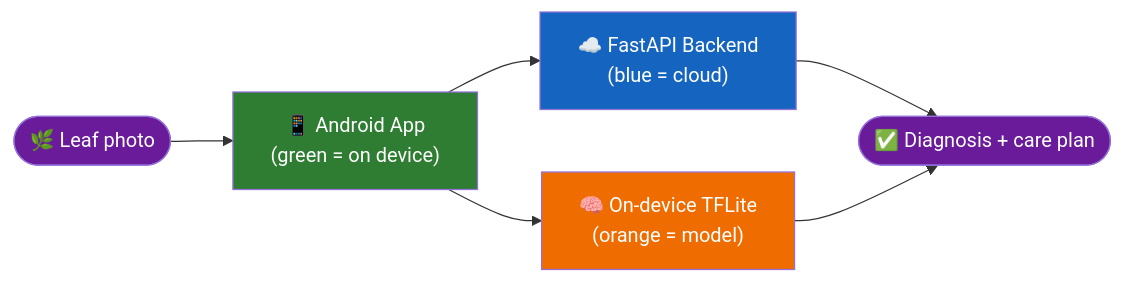
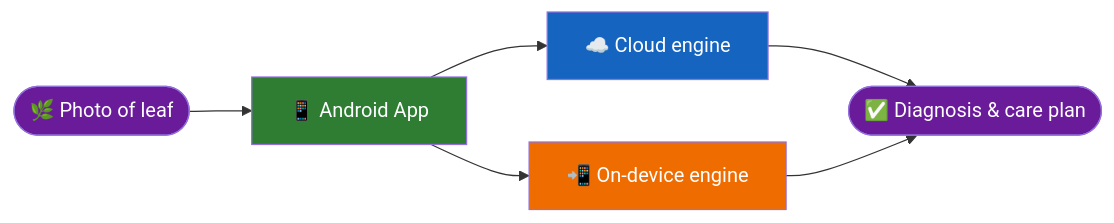
Before and after one commit to Raj-Indra-Asura/Cropora: the first of 12 diagrams in Cropora System Design Presentation.md, drawn with Mermaid. The commit also changed other lines of this file, not shown here.

````diff
--- a/Cropora System Design Presentation.md
+++ b/Cropora System Design Presentation.md
@@ -52,14 +34,14 @@
 ```mermaid
 flowchart LR
-    U(["🌿 Leaf photo"]) --> APP["📱 Android App<br/>(green = on device)"]
-    APP --> CLOUD["☁️ FastAPI Backend<br/>(blue = cloud)"]
-    APP --> EDGE["🧠 On-device TFLite<br/>(orange = model)"]
-    CLOUD --> ANS(["✅ Diagnosis + care plan"])
+    U(["🌿 Photo of leaf"]) --> APP["📱 Android App"]
+    APP --> CLOUD["☁️ Cloud engine"]
+    APP --> EDGE["📲 On-device engine"]
+    CLOUD --> ANS(["✅ Diagnosis & care plan"])
     EDGE --> ANS
 
     style APP fill:#2e7d32,color:#fff
     style CLOUD fill:#1565c0,color:#fff
     style EDGE fill:#ef6c00,color:#fff
     style U fill:#6a1b9a,color:#fff
     style ANS fill:#6a1b9a,color:#fff
 ```
````
